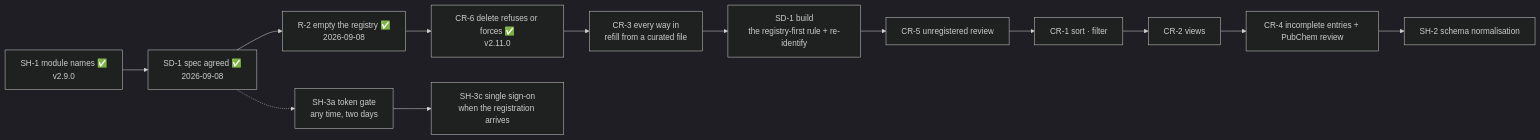
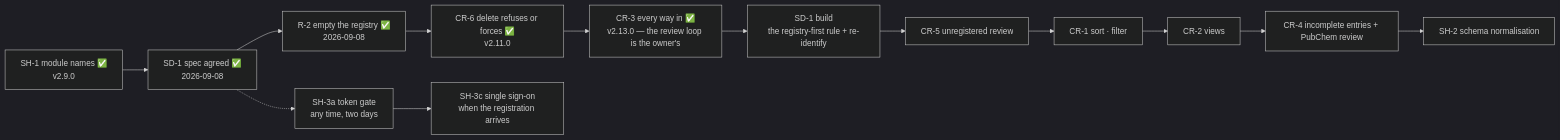
One commit to akannan2987/nr-nips-crucible changed the diagram in docs/05-roadmap.md. Above: the diagram before and after it, drawn with Mermaid (dark theme). The commit also changed other lines of this file and 28 other files, not shown here.

````diff
--- a/docs/05-roadmap.md
+++ b/docs/05-roadmap.md
@@ -195,12 +195,12 @@
 ```mermaid
 flowchart LR
     SH1["SH-1 module names ✅<br/>v2.9.0"] --> SD1s["SD-1 spec agreed ✅<br/>2026-09-08"]
     SD1s --> R2["R-2 empty the registry ✅<br/>2026-09-08"]
-    R2 --> CR6["CR-6 delete refuses or forces ✅<br/>v2.11.0"] --> CR3["CR-3 every way in<br/>refill from a curated file"]
+    R2 --> CR6["CR-6 delete refuses or forces ✅<br/>v2.11.0"] --> CR3["CR-3 every way in ✅<br/>v2.13.0 — the review loop is the owner's"]
     CR3 --> SD1["SD-1 build<br/>the registry-first rule + re-identify"]
     SD1 --> CR5["CR-5 unregistered review"]
     CR5 --> CR1["CR-1 sort · filter"] --> CR2["CR-2 views"]
     CR2 --> CR4["CR-4 incomplete entries + PubChem review"]
     CR4 --> SH2["SH-2 schema normalisation"]
     SD1s -.-> SH3a["SH-3a token gate<br/>any time, two days"] --> SH3c["SH-3c single sign-on<br/>when the registration arrives"]
 ```
````
